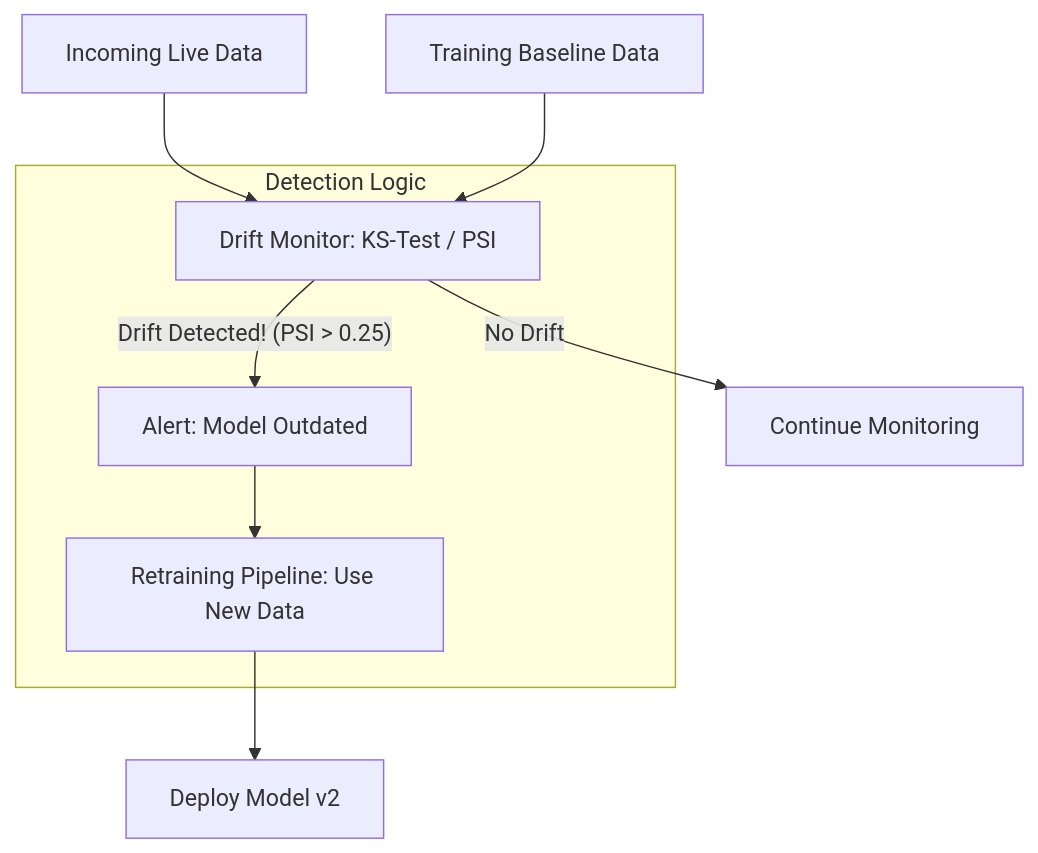
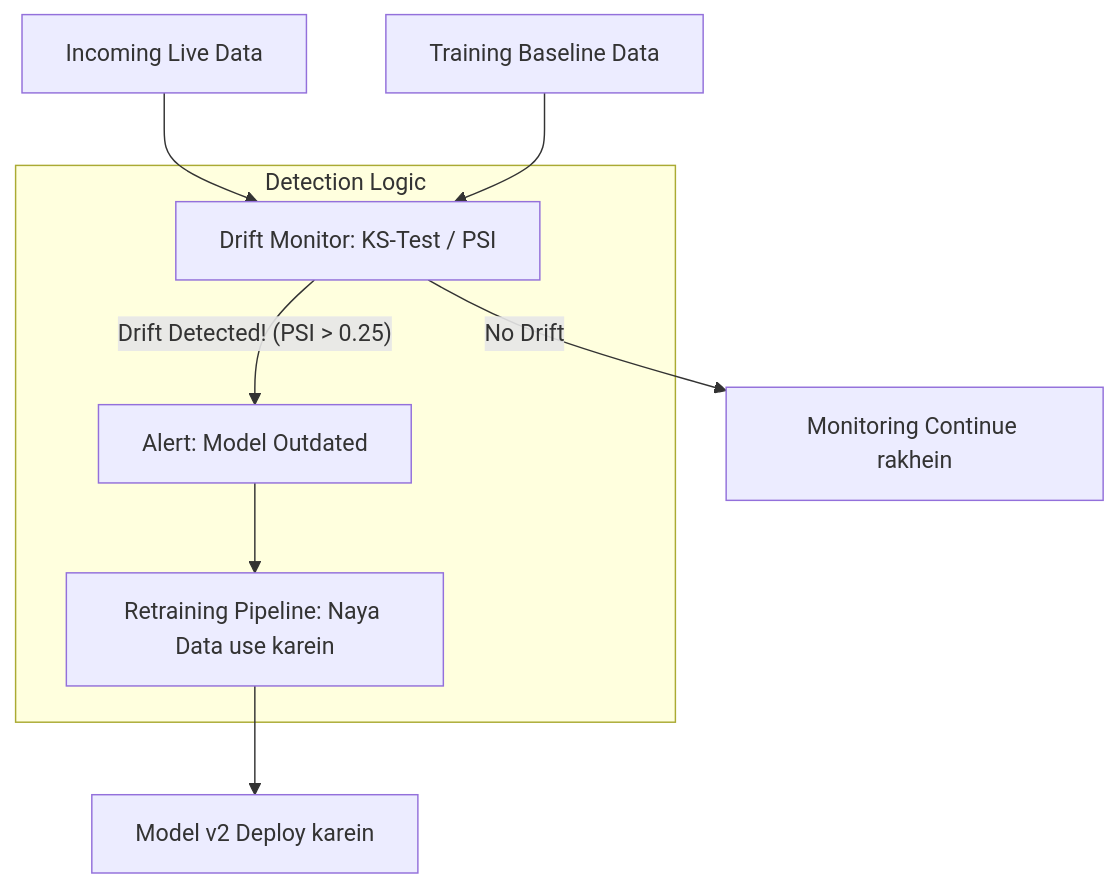
One commit to Sameer-Malik20/SusaGPT-Build-LLM-From-Scratch-With-Hinglish-Learning-Material changed the diagram in docs/ai_foundations_and_ops/17_AI_Observability_and_Monitoring/Drift_Detection.md. Above: the diagram before and after it, drawn with Mermaid. The commit also changed other lines of this file and 131 other files, not shown here.

````diff
--- a/docs/ai_foundations_and_ops/17_AI_Observability_and_Monitoring/Drift_Detection.md
+++ b/docs/ai_foundations_and_ops/17_AI_Observability_and_Monitoring/Drift_Detection.md
@@ -57,13 +57,13 @@
 ```mermaid
 graph TD
     Data[Incoming Live Data] --> Monitor[Drift Monitor: KS-Test / PSI]
     Training[Training Baseline Data] --> Monitor
     
     subgraph "Detection Logic"
     Monitor -- "Drift Detected! (PSI > 0.25)" --> Alert[Alert: Model Outdated]
-    Alert --> Retrain[Retraining Pipeline: Use New Data]
+    Alert --> Retrain[Retraining Pipeline: Naya Data use karein]
     end
     
-    Retrain --> NewModel[Deploy Model v2]
-    Monitor -- "No Drift" --> Continue[Continue Monitoring]
+    Retrain --> NewModel[Model v2 Deploy karein]
+    Monitor -- "No Drift" --> Continue[Monitoring Continue rakhein]
 ```
````
